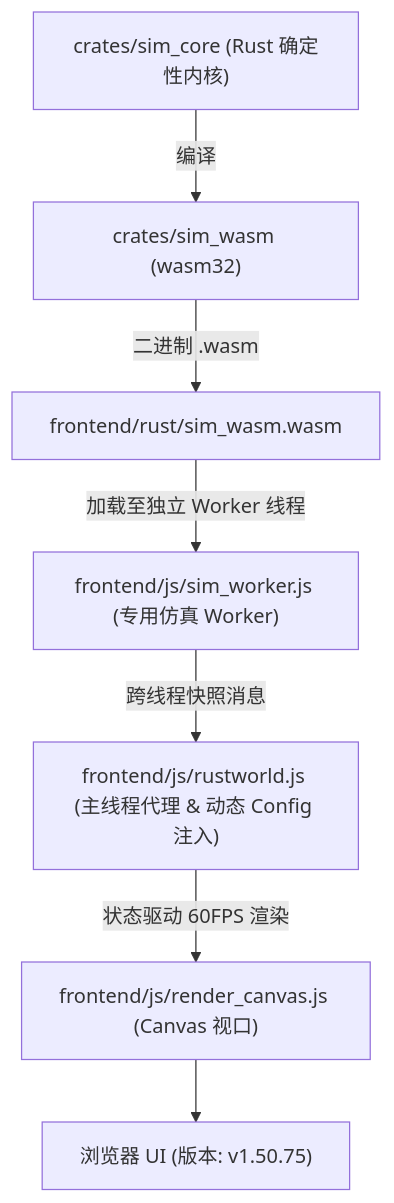
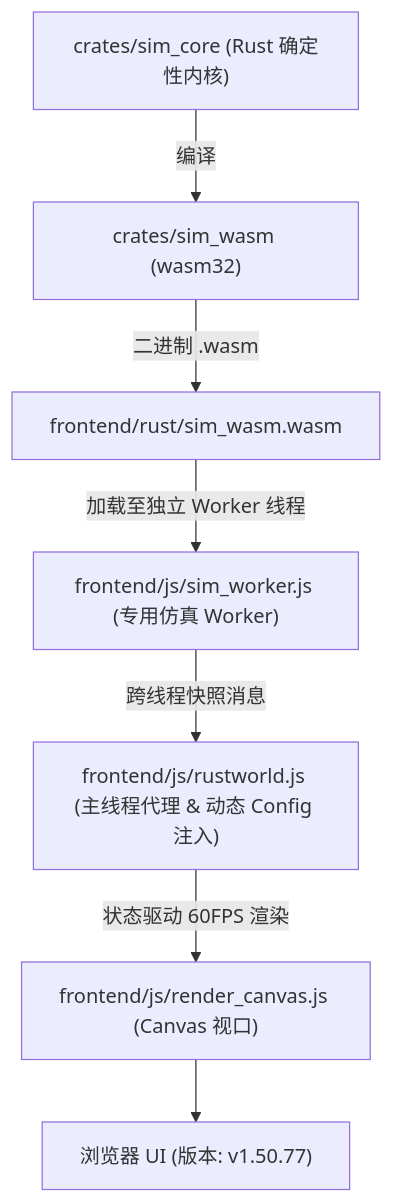
Before and after one commit to g39088902/FlowAndAccord: the diagram in AGENTS.md, drawn with Mermaid. The commit also changed other lines of this file and 28 other files, not shown here.

````diff
--- a/AGENTS.md
+++ b/AGENTS.md
@@ -61,10 +61,10 @@
 ```mermaid
 graph TD
     A["crates/sim_core (Rust 确定性内核)"] -->|编译| B["crates/sim_wasm (wasm32)"]
     B -->|二进制 .wasm| C["frontend/rust/sim_wasm.wasm"]
     C -->|加载至独立 Worker 线程| D["frontend/js/sim_worker.js (专用仿真 Worker)"]
     D -->|跨线程快照消息| E["frontend/js/rustworld.js (主线程代理 & 动态 Config 注入)"]
     E -->|状态驱动 60FPS 渲染| F["frontend/js/render_canvas.js (Canvas 视口)"]
-    F --> G["浏览器 UI (版本: v1.50.75)"]
+    F --> G["浏览器 UI (版本: v1.50.77)"]
 
 ```
````
